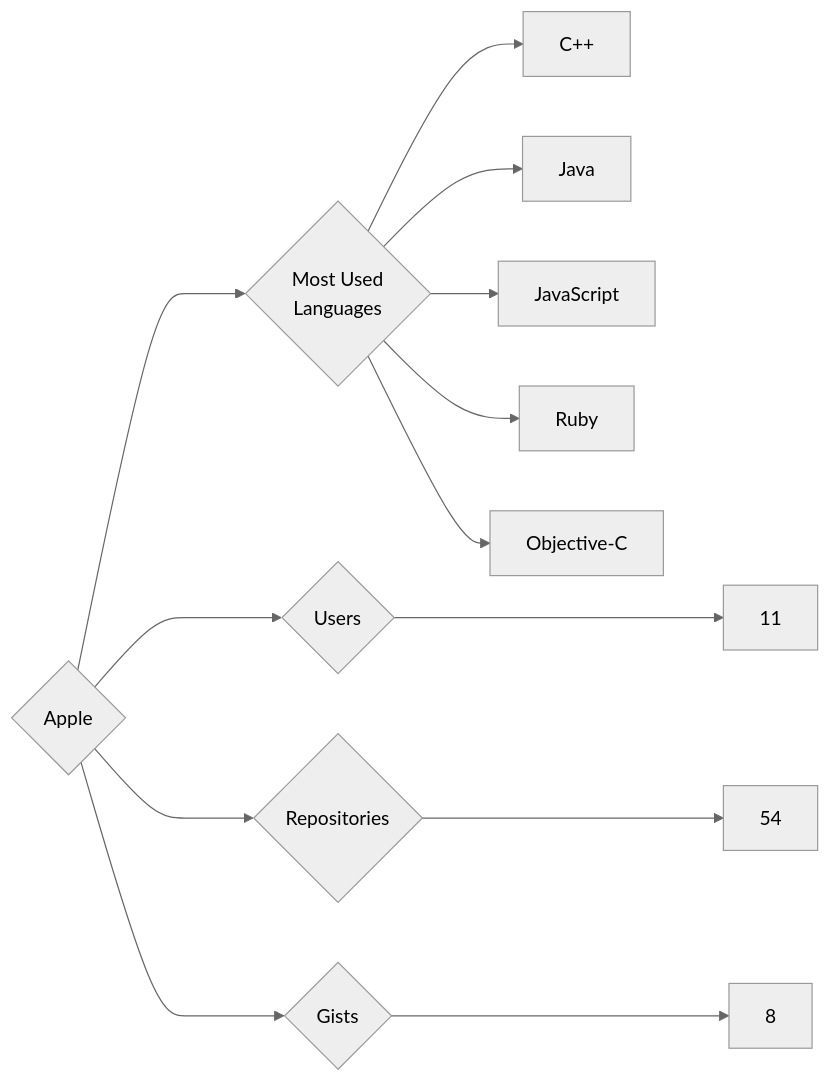
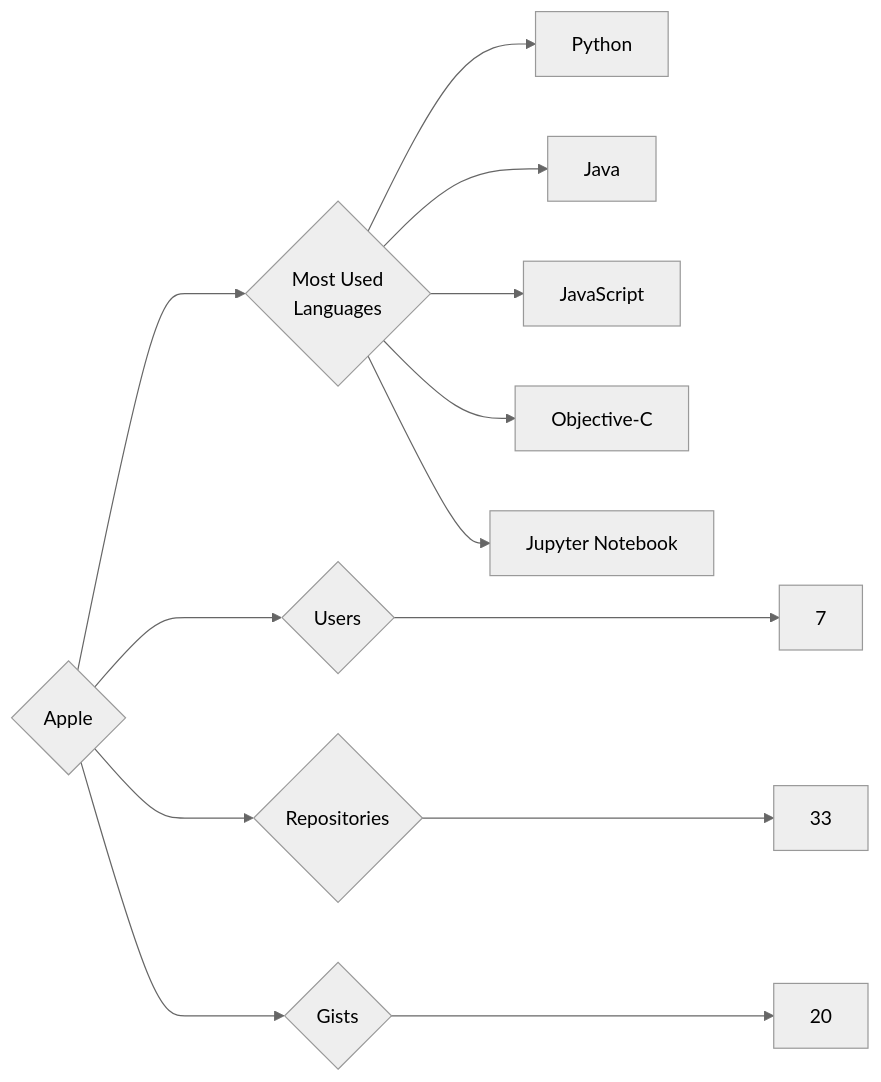
Before and after one commit to trickest/insiders: the diagram in targets/Apple/README.md, drawn with Mermaid (neutral theme). The commit also changed 988 other files, not shown here.

````diff
--- a/targets/Apple/README.md
+++ b/targets/Apple/README.md
@@ -3,13 +3,13 @@
 ```mermaid
 graph LR
 COMPANY_NAME{Apple}
-COMPANY_NAME ---> U{Users} ---> UN[11]
-COMPANY_NAME ---> R{Repositories} ---> RN[54]
-COMPANY_NAME ---> G{Gists} ---> GN[8]
+COMPANY_NAME ---> U{Users} ---> UN[7]
+COMPANY_NAME ---> R{Repositories} ---> RN[33]
+COMPANY_NAME ---> G{Gists} ---> GN[20]
 COMPANY_NAME ---> ML{Most Used<br>Languages}
-ML --> C++[C++]
+ML --> Python[Python]
 ML --> Java[Java]
 ML --> JavaScript[JavaScript]
-ML --> Ruby[Ruby]
 ML --> Objective-C[Objective-C]
+ML --> Jupyter_Notebook[Jupyter Notebook]
 ```
````
